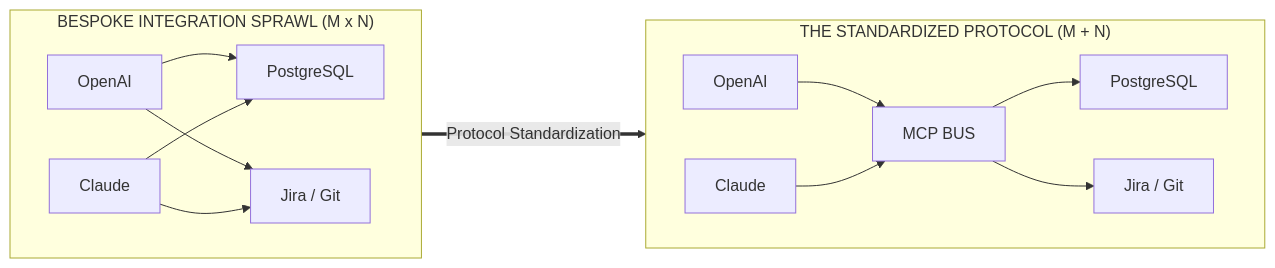
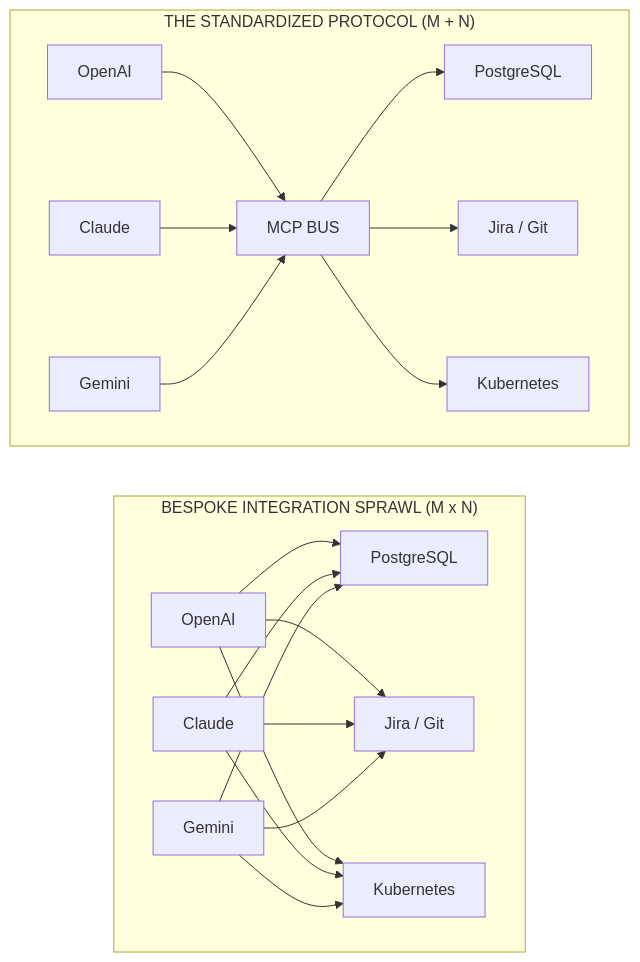
The third of 12 diagrams in 03-tools-and-model-context-protocol/README.md (dip4k/senior-engineer-to-ai-engineer-roadmap), drawn with Mermaid before and after one commit. The commit also changed other lines of this file and 15 other files, not shown here.

Commit message:
Complete 2026 AI Engineer roadmap enhancements: Context Engineering master discipline, Agent Memory lab, reasoning models, EU AI Act governance guide, Top 15 beginner mistakes, and diagram sanity pass

````diff
--- a/03-tools-and-model-context-protocol/README.md
+++ b/03-tools-and-model-context-protocol/README.md
@@ -57,22 +107,28 @@
 ```mermaid
 flowchart LR
     subgraph Bespoke["BESPOKE INTEGRATION SPRAWL (M x N)"]
         direction LR
         O1["OpenAI"] --> DB1["PostgreSQL"]
         O1 --> Jira1["Jira / Git"]
+        O1 --> K8s1["Kubernetes"]
         
         C1["Claude"] --> DB1
         C1 --> Jira1
+        C1 --> K8s1
+        
+        G1["Gemini"] --> DB1
+        G1 --> Jira1
+        G1 --> K8s1
     end
     
     subgraph MCP["THE STANDARDIZED PROTOCOL (M + N)"]
         direction LR
         O2["OpenAI"] --> Bus["MCP BUS"]
         C2["Claude"] --> Bus
+        G2["Gemini"] --> Bus
         
         Bus --> DB2["PostgreSQL"]
         Bus --> Jira2["Jira / Git"]
+        Bus --> K8s2["Kubernetes"]
     end
-
-    Bespoke ==>|"Protocol Standardization"| MCP
 ```
````
